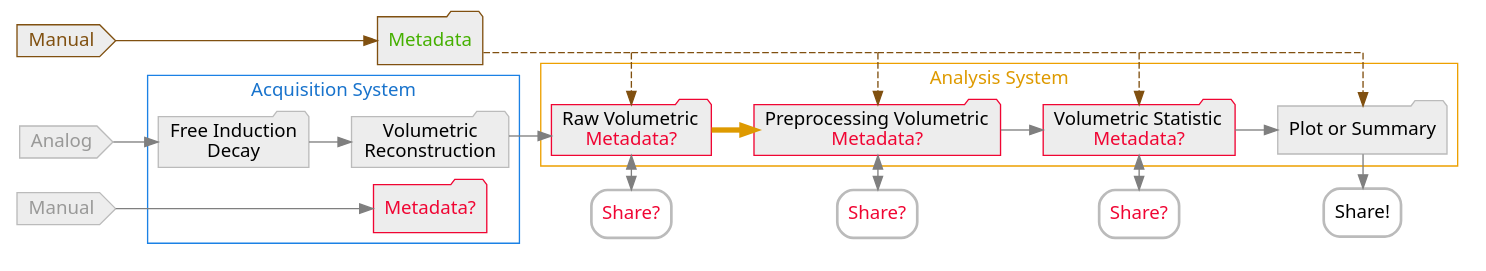
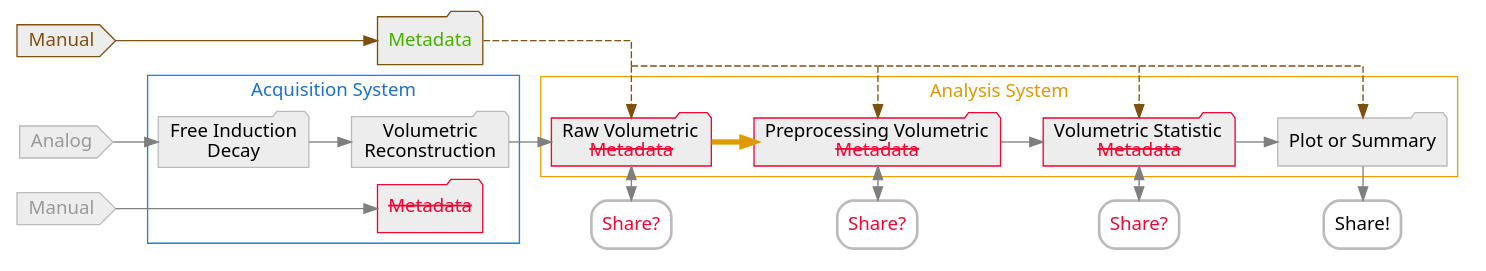
Before and after one commit to Jimmy2027/mlebe_RepSep: the diagram in data/metadata_bad.dot, drawn with Graphviz. The commit also changed 1 other file, not shown here.

Commit message:
Updated graph style

```diff
--- a/data/metadata_bad.dot
+++ b/data/metadata_bad.dot
@@ -1,68 +1,68 @@
 digraph graphname {
     newrank = true;
     size="26,12";
     rankdir="LR";
     graph [splines=ortho, fontname="sans", pad="0.07", nodesep="0.175", ranksep="0.45"];
     node [fontname = "sans", style=filled];
     edge [fontname = "sans", color=gray50];
     d_[label=<<FONT COLOR="#F00533">Share?</FONT>>, style="bold, rounded", color="#BBBBBB", shape="box"];
     e_[label=<<FONT COLOR="#F00533">Share?</FONT>>, style="bold, rounded", color="#BBBBBB", shape="box"];
     f_[label=<<FONT COLOR="#F00533">Share?</FONT>>, style="bold, rounded", color="#BBBBBB", shape="box"];
     g_[label="Share!", style="bold, rounded", color="#BBBBBB", shape="box"];
     a[label="Analog  ", shape=cds, color="#BBBBBB", fillcolor=grey93, fontcolor="#999998"];
     b[label="Free Induction\nDecay", shape=folder, color="#BBBBBB", fillcolor=grey93];
     c[label="Volumetric\nReconstruction", shape=folder, color="#BBBBBB", fillcolor=grey93];
-    d[label=<Raw Volumetric<BR/><FONT COLOR="#F00533">Metadata?</FONT>>, shape=folder, color="#F00533", fillcolor=grey93];
-    e[label=<Preprocessing Volumetric<BR/><FONT COLOR="#F00533">Metadata?</FONT>>, shape=folder, color="#F00533", fillcolor=grey93];
-    f[label=<Volumetric Statistic<BR/><FONT COLOR="#F00533">Metadata?</FONT>>, shape=folder, color="#F00533", fillcolor=grey93];
+    d[label=<Raw Volumetric<BR/><FONT COLOR="#F00533"><s>Metadata</s></FONT>>, shape=folder, color="#F00533", fillcolor=grey93];
+    e[label=<Preprocessing Volumetric<BR/><FONT COLOR="#F00533"><s>Metadata</s></FONT>>, shape=folder, color="#F00533", fillcolor=grey93];
+    f[label=<Volumetric Statistic<BR/><FONT COLOR="#F00533"><s>Metadata</s></FONT>>, shape=folder, color="#F00533", fillcolor=grey93];
     g[label="Plot or Summary", shape=folder, color="#BBBBBB", fillcolor=grey93];
     m0[label="Manual  ", shape=cds, color="#BBBBBB", fillcolor=grey93, fontcolor="#999998"];
-    m1[label=<<FONT COLOR="#F00533">Metadata?</FONT>>, shape=folder, color="#F00533", fillcolor=grey93];
+    m1[label=<<FONT COLOR="#F00533"><s>Metadata</s></FONT>>, shape=folder, color="#F00533", fillcolor=grey93];
     m_bad[
         label=<<FONT COLOR="#45B000">Metadata</FONT>>,
         shape=folder, color="#805010", fillcolor=grey93,
         ];
     m0_bad[label="Manual  ", shape=cds, color="#805010", fillcolor=grey93, fontcolor="#805010"];
     d_branch[label = "d_branch", style = invis, shape=point, width=.0]
     e_branch[label = "e_branch", style = invis, shape=point, width=.0]
     f_branch[label = "f_branch", style = invis, shape=point, width=.0]
     g_branch[label = "g_branch", style = invis, shape=point, width=.0]
     
     m0 -> m1 ;
     m0_bad -> m_bad[color="#805010"];
     m_bad:e -> d_branch[color="#805010", arrowhead=none, style=dashed];
     d_branch -> d:n[color="#805010", style=dashed];
     d_branch -> e_branch[color="#805010", arrowhead=none, style=dashed];
     e_branch -> e:n[color="#805010", style=dashed];
     e_branch -> f_branch[color="#805010", arrowhead=none, style=dashed];
     f_branch -> f:n[color="#805010", style=dashed];
     f_branch -> g_branch[color="#805010", arrowhead=none, style=dashed];
     g_branch -> g:n[color="#805010", style=dashed];
     a -> b ;
     subgraph cluster1 {
         b -> c ;
         m1;
         label = "Acquisition System";
         fontcolor = "#1873cc";
         color = "#1b81e5";
     }
     c -> d:w ;
     subgraph cluster2 {
         d -> e [arrowsize=0.9, penwidth=4, color="#DE9A00"];
         e -> f ;
         f -> g ;
         label = "Analysis System";
         fontcolor = "#DE9A00";
         color = "#EDA000";
     }
     d -> d_ [dir=both, minlen=2];
     e -> e_ [dir=both, minlen=2];
     f -> f_ [dir=both, minlen=2];
     g -> g_ [minlen=2];
     {rank=same; a; m0; m0_bad}
     {rank=same; c; m1; m_bad}
     {rank=same; d; d_; d_branch}
     {rank=same; e; e_; e_branch}
     {rank=same; f; f_; f_branch}
     {rank=same; g; g_; g_branch}
 }
```
